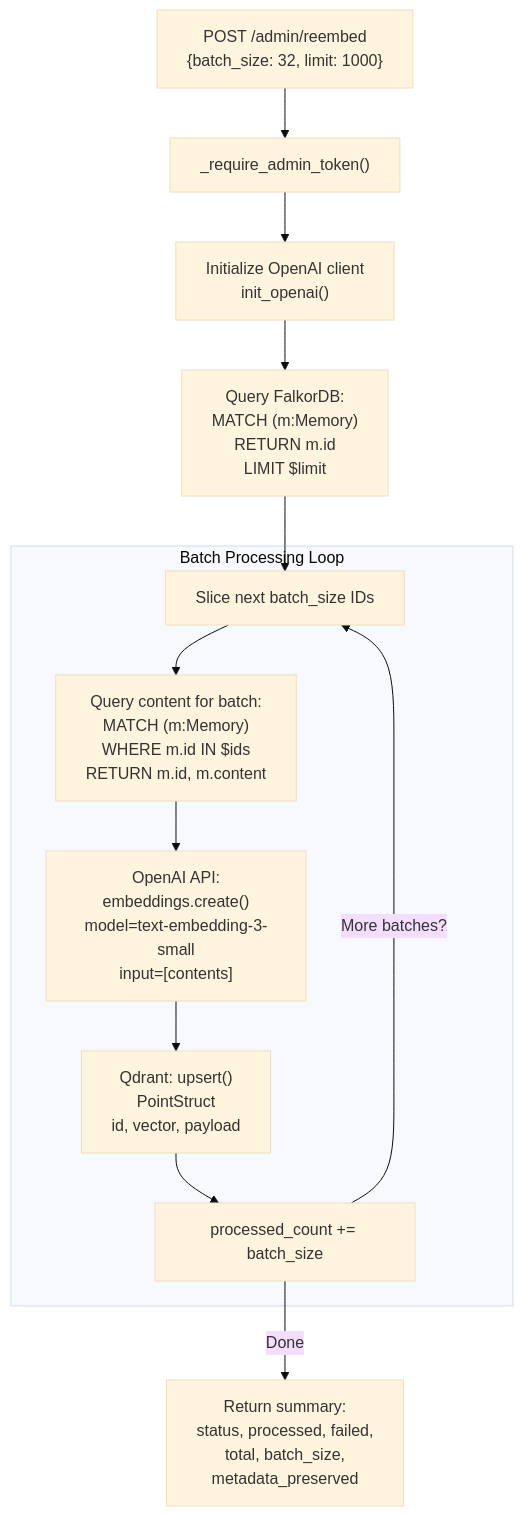
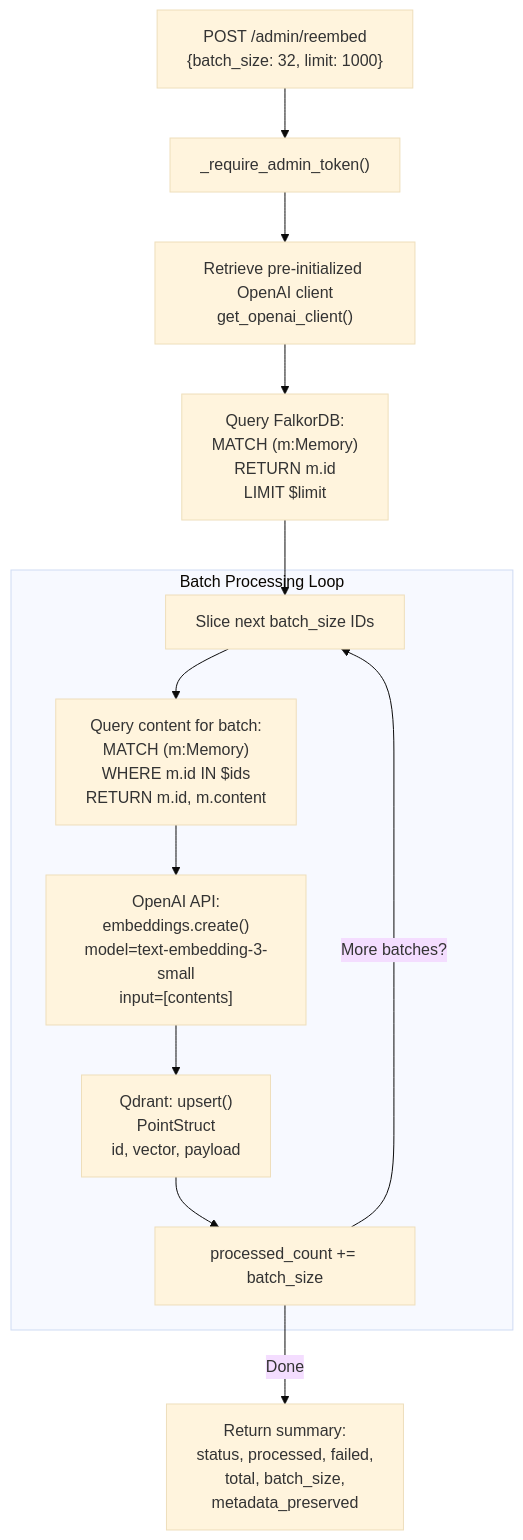
One commit to verygoodplugins/automem-website changed the third of 3 diagrams in src/content/docs/docs/reference/api/admin.md. Above: the diagram before and after it, drawn with Mermaid (base theme). The commit also changed other lines of this file, not shown here.

````diff
--- a/src/content/docs/docs/reference/api/admin.md
+++ b/src/content/docs/docs/reference/api/admin.md
@@ -240,32 +240,32 @@
 ```mermaid
 graph TB
     Request["POST /admin/reembed<br/>{batch_size: 32, limit: 1000}"]
     Auth["_require_admin_token()"]
-    Init["Initialize OpenAI client<br/>init_openai()"]
+    Init["Retrieve pre-initialized OpenAI client<br/>get_openai_client()"]
 
     FetchIDs["Query FalkorDB:<br/>MATCH (m:Memory)<br/>RETURN m.id<br/>LIMIT $limit"]
 
     subgraph "Batch Processing Loop"
         Slice["Slice next batch_size IDs"]
         FetchContent["Query content for batch:<br/>MATCH (m:Memory)<br/>WHERE m.id IN $ids<br/>RETURN m.id, m.content"]
 
         CallOpenAI["OpenAI API:<br/>embeddings.create()<br/>model=text-embedding-3-small<br/>input=[contents]"]
 
         UpdateQdrant["Qdrant: upsert()<br/>PointStruct<br/>id, vector, payload"]
 
         IncrCount["processed_count += batch_size"]
     end
 
     Response["Return summary:<br/>status, processed, failed,<br/>total, batch_size,<br/>metadata_preserved"]
 
     Request-->Auth
     Auth-->Init
     Init-->FetchIDs
     FetchIDs-->Slice
     Slice-->FetchContent
     FetchContent-->CallOpenAI
     CallOpenAI-->UpdateQdrant
     UpdateQdrant-->IncrCount
     IncrCount-->|More batches?|Slice
     IncrCount-->|Done|Response
 ```
````
